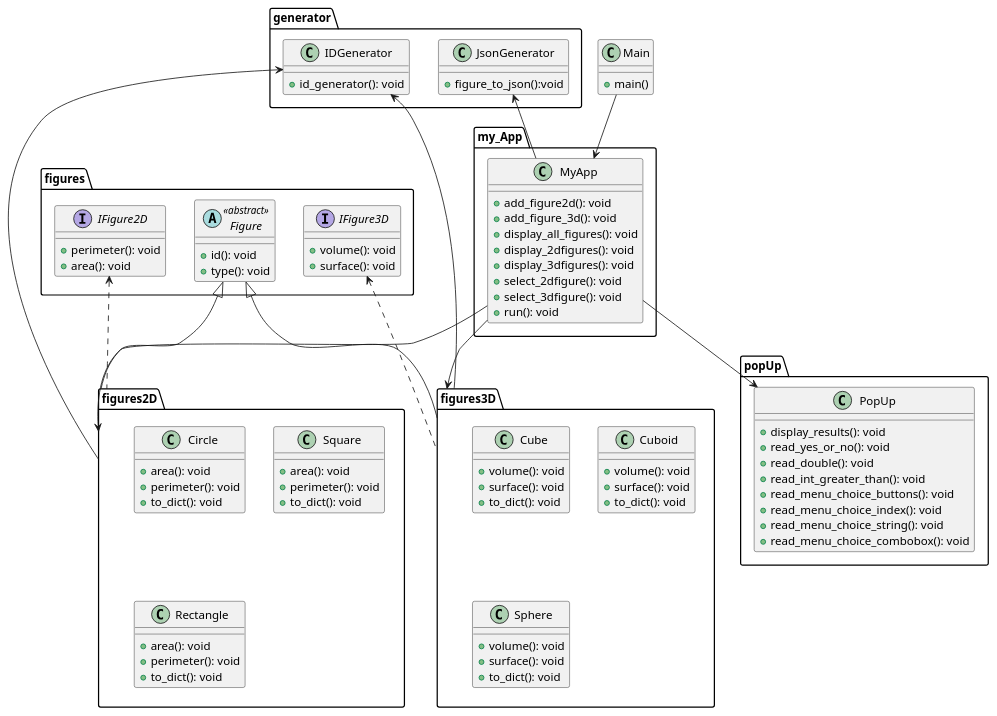
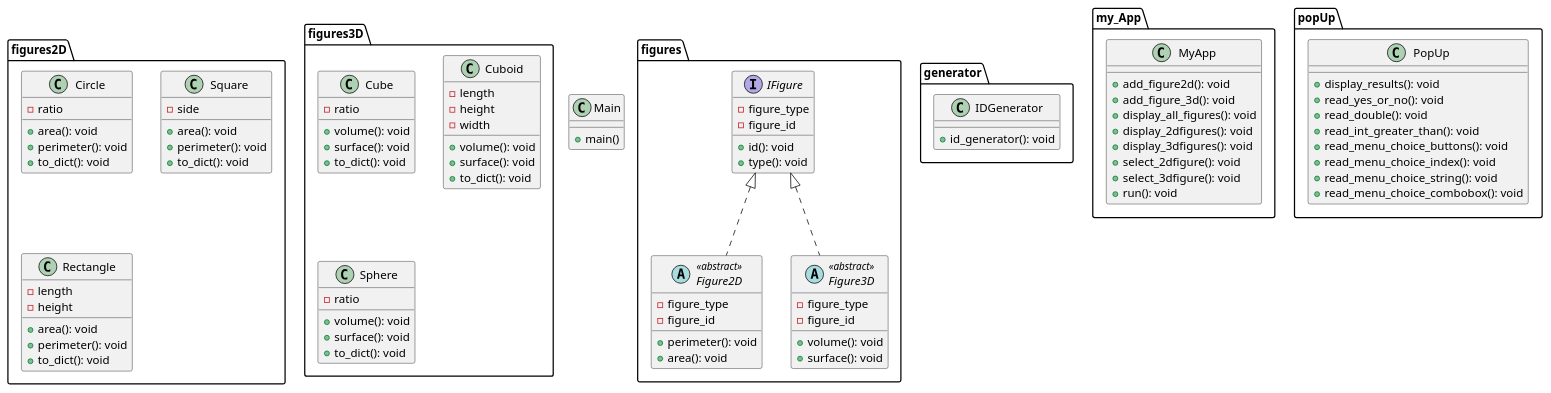
The diagram in diagrama_clases.puml (vso023/TALLER-FIGURAS), drawn with PlantUML before and after one commit. The commit also changed 7 other files, not shown here.

Commit message:
diagrama y detallitos

```diff
--- a/diagrama_clases.puml
+++ b/diagrama_clases.puml
@@ -1,123 +1,115 @@
 @startuml
 
 namespace figures {
-abstract class Figure <<abstract>> {
+interface IFigure{
+    -figure_type
+    -figure_id
     +id(): void
     +type(): void
 }
 
 ' Producto abstracto
-interface IFigure2D {
+abstract class Figure2D <<abstract>> implements IFigure {
+    -figure_type
+    -figure_id
     +perimeter(): void
     +area(): void
 }
 
 ' Producto abstracto
-interface IFigure3D {
+abstract class Figure3D <<abstract>> implements IFigure  {
+    -figure_type
+    -figure_id
     +volume(): void
     +surface(): void
 }
 }
 
 namespace figures2D {
 ' Creadores concretos
 class Circle {
+    -ratio
     +area(): void
     +perimeter(): void
     +to_dict(): void
 }
 
 class Square {
+    -side
     +area(): void
     +perimeter(): void
     +to_dict(): void
 }
 
 class Rectangle {
+    -length
+    -height
     +area(): void
     +perimeter(): void
     +to_dict(): void
 }
 }
 
 namespace figures3D {
 class Cube {
+    -ratio
     +volume(): void
     +surface(): void
     +to_dict(): void
 }
 
 class Cuboid {
+    -length
+    -height
+    -width
     +volume(): void
     +surface(): void
     +to_dict(): void
 }
 
 class Sphere {
+    -ratio
     +volume(): void
     +surface(): void
     +to_dict(): void
 }
 }
 
 namespace generator {
 class IDGenerator {
     +id_generator(): void
-}
-class JsonGenerator{
-    +figure_to_json():void
 }
 }
 
 namespace my_App {
 class MyApp {
     +add_figure2d(): void
     +add_figure_3d(): void
     +display_all_figures(): void
     +display_2dfigures(): void
     +display_3dfigures(): void
     +select_2dfigure(): void
     +select_3dfigure(): void
     +run(): void
 }
 }
 
 namespace popUp {
 class PopUp {
     +display_results(): void
     +read_yes_or_no(): void
     +read_double(): void
     +read_int_greater_than(): void
     +read_menu_choice_buttons(): void
     +read_menu_choice_index(): void
     +read_menu_choice_string(): void
     +read_menu_choice_combobox(): void
 }
 }
 
 class Main {
     +main()
 }
 
-Figure <|-- figures2D
-Figure <|-- figures3D
-
-IFigure2D <.. figures2D
-
-IFigure3D <.. figures3D
-
-MyApp --> PopUp
-Main --> MyApp
-
-' Relación de asociación entre IDGenerator y las figuras
-IDGenerator <-- figures2D
-IDGenerator <-- figures3D
-
-JsonGenerator <-- MyApp
-
-MyApp --> figures2D
-MyApp --> figures3D
-
-
 
 @enduml
```
